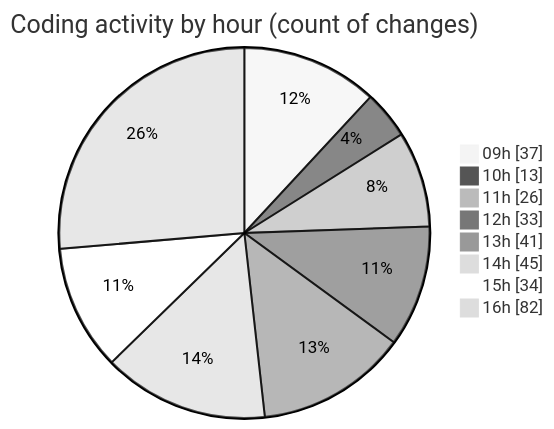
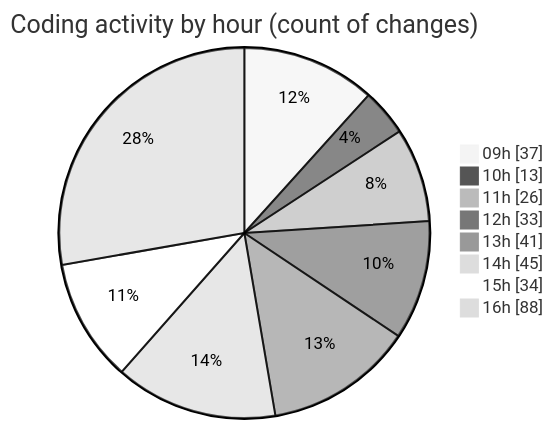
One commit to momahboobian/code-tracking changed the second of 2 diagrams in 2026-04-23/cda/README.md. Above: the diagram before and after it, drawn with Mermaid (neutral theme). The commit also changed other lines of this file and 1 other file, not shown here.

````diff
--- a/2026-04-23/cda/README.md
+++ b/2026-04-23/cda/README.md
@@ -56,12 +56,12 @@
 ```mermaid
 pie showData
 title Coding activity by hour (count of changes)
 "09h" : 37
 "10h" : 13
 "11h" : 26
 "12h" : 33
 "13h" : 41
 "14h" : 45
 "15h" : 34
-"16h" : 82
+"16h" : 88
 ```
````
